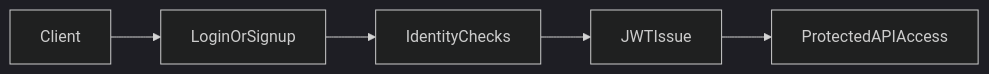
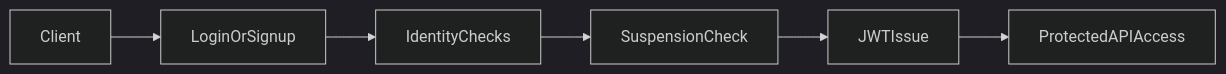
One commit to aakashhuda/launchpad changed the third of 4 diagrams in context/project-overview.md. Above: the diagram before and after it, drawn with Mermaid (dark theme). The commit also changed other lines of this file and 9 other files, not shown here.

````diff
--- a/context/project-overview.md
+++ b/context/project-overview.md
@@ -348,7 +421,8 @@
 ```mermaid
 flowchart LR
   Client --> LoginOrSignup
   LoginOrSignup --> IdentityChecks
-  IdentityChecks --> JWTIssue
+  IdentityChecks --> SuspensionCheck
+  SuspensionCheck --> JWTIssue
   JWTIssue --> ProtectedAPIAccess
 ```
````
